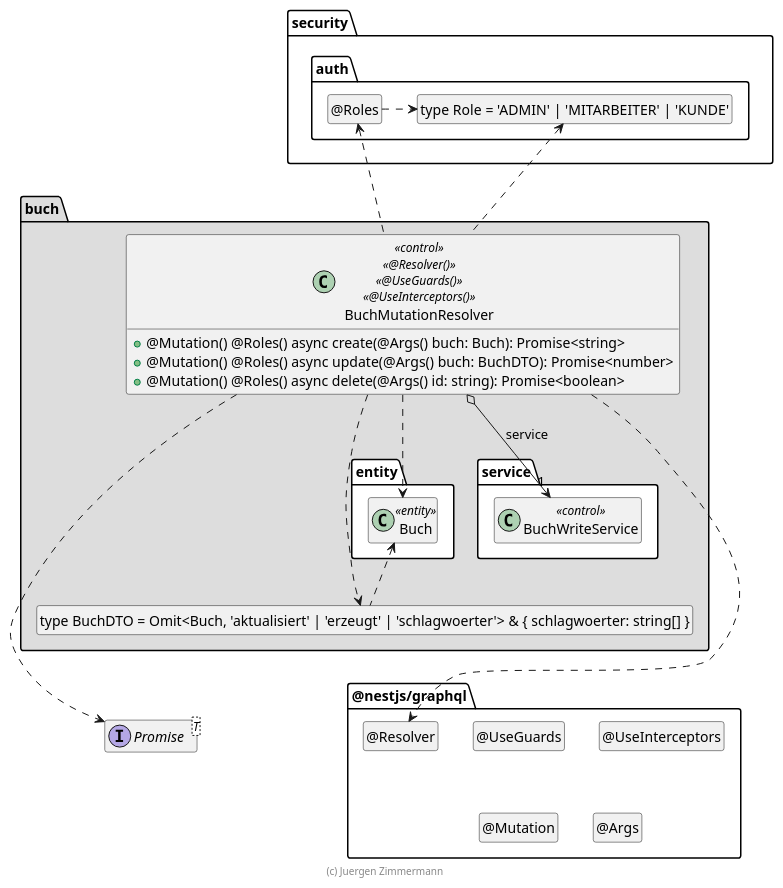
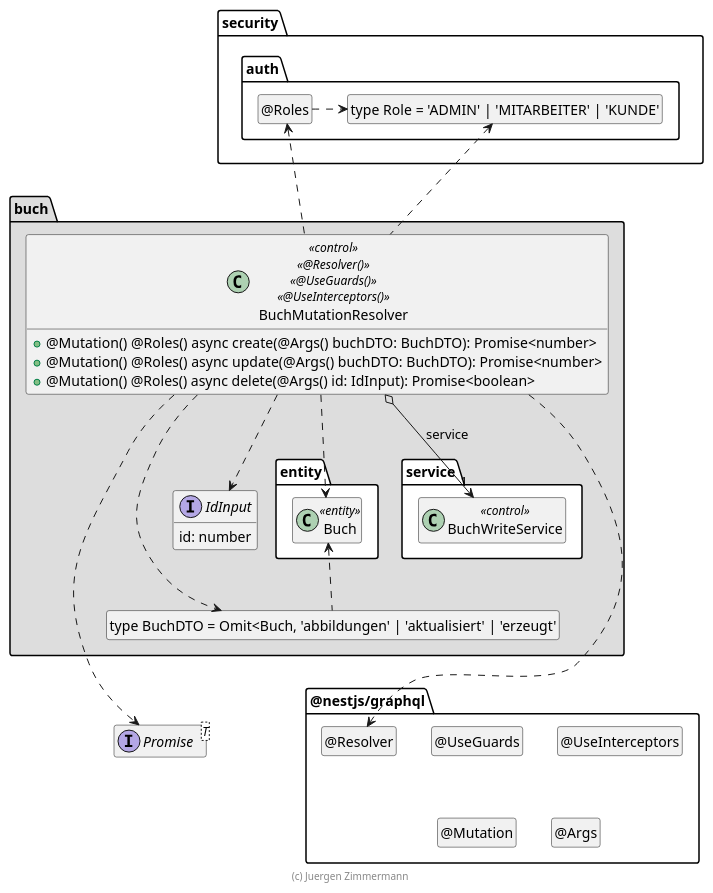
The diagram in .extras/doc/entwicklerhandbuch/BuchMutationResolver.plantuml (danielptv/buch), drawn with PlantUML before and after one commit. The commit also changed 9 other files, not shown here.

```diff
--- a/.extras/doc/entwicklerhandbuch/BuchMutationResolver.plantuml
+++ b/.extras/doc/entwicklerhandbuch/BuchMutationResolver.plantuml
@@ -18,69 +18,74 @@
 @startuml Controller-Klasse
 
 interface Promise<T>
 
 package @nestjs/graphql {
   class "@Resolver" as Resolver
   hide Resolver circle
 
   class "@UseGuards" as UseGuards
   hide UseGuards circle
 
   class "@UseInterceptors" as UseInterceptors
   hide UseInterceptors circle
 
   class "@Mutation" as Mutation
   hide Mutation circle
 
   class "@Args" as Args
   hide Args circle
 }
 
 package security.auth {
   class "type Role = 'ADMIN' | 'MITARBEITER' | 'KUNDE'" as Role
   hide Role circle
 
   class "@Roles" as Roles
   hide Roles circle
 
   Roles .right.> Role
 }
 
 package buch #DDDDDD {
   package entity #FFFFFF {
     class Buch <<entity>>
   }
 
   package service #FFFFFF {
     class BuchWriteService << control >>
   }
 
-  class "type BuchDTO = Omit<Buch, 'aktualisiert' | 'erzeugt' | 'schlagwoerter'> & { schlagwoerter: string[] }" as BuchDTO
+  class "type BuchDTO = Omit<Buch, 'abbildungen' | 'aktualisiert' | 'erzeugt'" as BuchDTO
   hide BuchDTO circle
 
+    interface IdInput {
+        id: number
+    }
+
   class BuchMutationResolver << control >> << @Resolver() >> << @UseGuards() >> << @UseInterceptors() >> {
-    + @Mutation() @Roles() async create(@Args() buch: Buch): Promise<string>
-    + @Mutation() @Roles() async update(@Args() buch: BuchDTO): Promise<number>
-    + @Mutation() @Roles() async delete(@Args() id: string): Promise<boolean>
+    + @Mutation() @Roles() async create(@Args() buchDTO: BuchDTO): Promise<number>
+    + @Mutation() @Roles() async update(@Args() buchDTO: BuchDTO): Promise<number>
+    + @Mutation() @Roles() async delete(@Args() id: IdInput): Promise<boolean>
   }
 
   BuchMutationResolver o-down-> "1" BuchWriteService : service
 
   BuchMutationResolver ..> Buch
   BuchMutationResolver ..> BuchDTO
+  BuchMutationResolver ..> IdInput
   BuchDTO .up.> Buch
   BuchMutationResolver ..> Promise
   BuchMutationResolver ..> Resolver
 
   BuchMutationResolver .up.> Roles
   BuchMutationResolver .up.> Role
 
   BuchDTO .[hidden].> Promise
   BuchDTO .[hidden].> Resolver
 }
 
 hide empty members
 
 footer (c) Juergen Zimmermann
 
 @enduml
```
